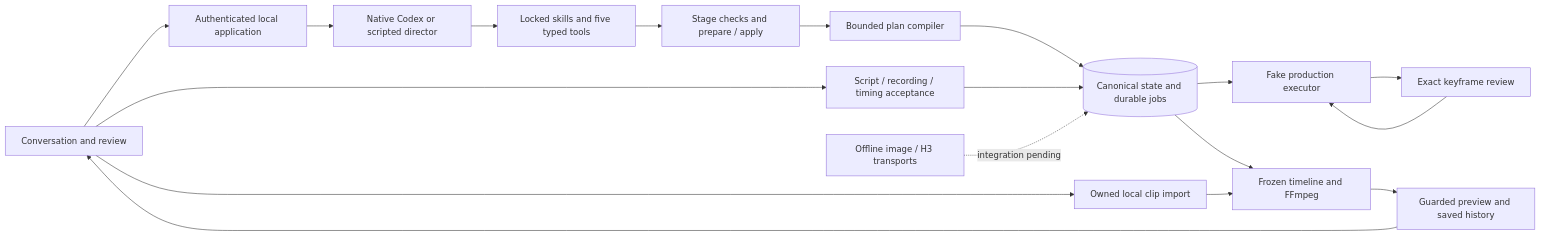
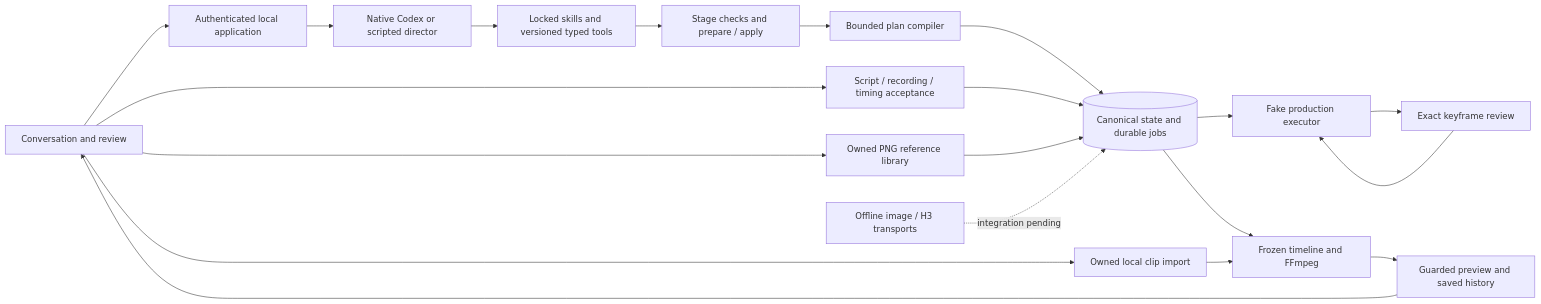
Before and after one commit to Michael-Ma/OpenSlate: the diagram in docs/implementation/STATUS.md, drawn with Mermaid. The commit also changed other lines of this file and 80 other files, not shown here.

Commit message:
Add versioned narration drafting, PNG references and durable output storage

````diff
--- a/docs/implementation/STATUS.md
+++ b/docs/implementation/STATUS.md
@@ -21,20 +23,22 @@
 ```mermaid
 flowchart LR
   Human[Conversation and review] --> App[Authenticated local application]
   App --> Director[Native Codex or scripted director]
-  Director --> Tools[Locked skills and five typed tools]
+  Director --> Tools[Locked skills and versioned typed tools]
   Tools --> Prepare[Stage checks and prepare / apply]
   Prepare --> Compiler[Bounded plan compiler]
   Compiler --> DB[(Canonical state and durable jobs)]
   DB --> Fake[Fake production executor]
   Fake --> Review[Exact keyframe review]
   Review --> Fake
   Human --> Narration[Script / recording / timing acceptance]
   Narration --> DB
+  Human --> Images[Owned PNG reference library]
+  Images --> DB
   Human --> Upload[Owned local clip import]
   Upload --> Render[Frozen timeline and FFmpeg]
   DB --> Render
   Render --> Preview[Guarded preview and saved history]
   Preview --> Human
   Transport[Offline image / H3 transports] -. integration pending .-> DB
 ```
````
